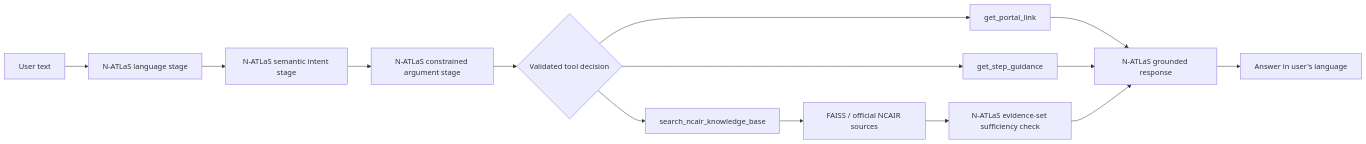
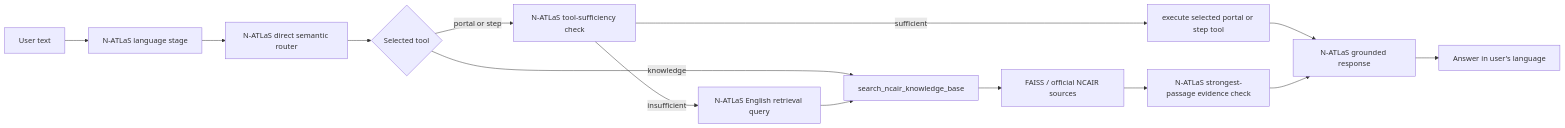
The diagram in README.md (Davemafy/ncair-lms-chatbot2.0), drawn with Mermaid before and after one commit. The commit also changed other lines of this file, not shown here.

Commit message:
Document direct routing with sufficiency escalation

````diff
--- a/README.md
+++ b/README.md
@@ -11,16 +11,16 @@
 ```mermaid
 flowchart LR
     A[User text] --> B[N-ATLaS language stage]
-    B --> C[N-ATLaS semantic intent stage]
-    C --> D[N-ATLaS constrained argument stage]
-    D --> E{Validated tool decision}
-    E --> F[get_portal_link]
-    E --> G[get_step_guidance]
-    E --> H[search_ncair_knowledge_base]
-    H --> I[FAISS / official NCAIR sources]
-    I --> J[N-ATLaS evidence-set sufficiency check]
-    F --> K[N-ATLaS grounded response]
-    G --> K
-    J --> K
-    K --> L[Answer in user's language]
+    B --> C[N-ATLaS direct semantic router]
+    C --> D{Selected tool}
+    D -->|knowledge| G[search_ncair_knowledge_base]
+    D -->|portal or step| E[N-ATLaS tool-sufficiency check]
+    E -->|sufficient| F[execute selected portal or step tool]
+    E -->|insufficient| Q[N-ATLaS English retrieval query]
+    Q --> G
+    G --> H[FAISS / official NCAIR sources]
+    H --> I[N-ATLaS strongest-passage evidence check]
+    F --> J[N-ATLaS grounded response]
+    I --> J
+    J --> K[Answer in user's language]
 ```
````
